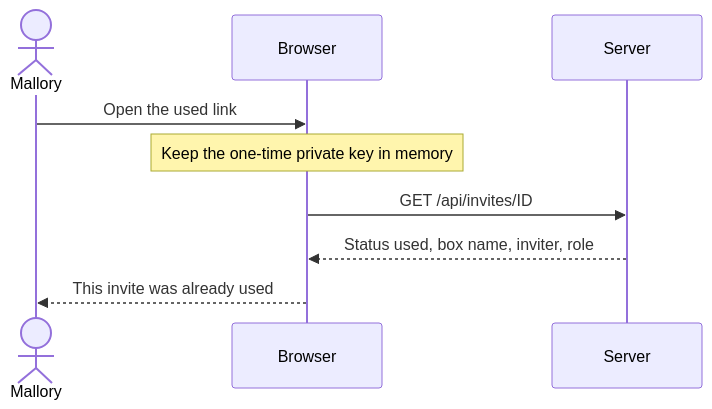
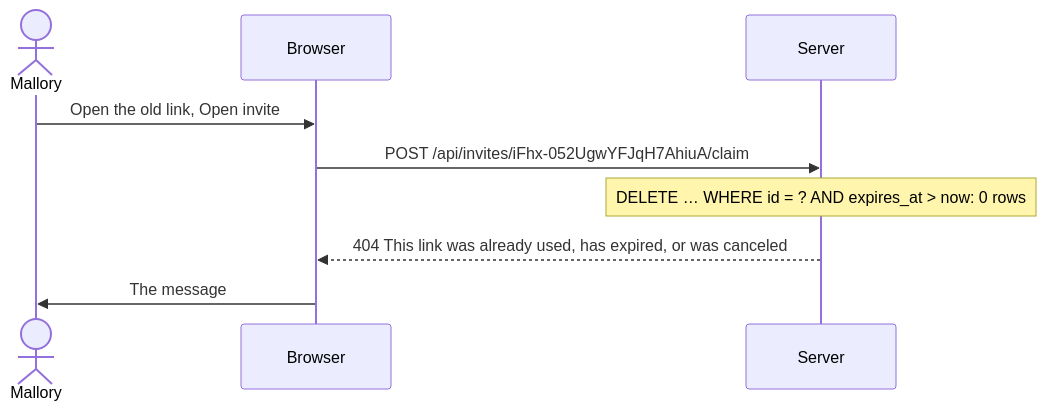
The first of 2 diagrams in docs/06-invite-expired-or-reused.md (intaniger/secretbox), drawn with Mermaid before and after one commit. The commit also changed other lines of this file and 30 other files, not shown here.

````diff
--- a/docs/06-invite-expired-or-reused.md
+++ b/docs/06-invite-expired-or-reused.md
@@ -35,11 +29,11 @@
 ```mermaid
 sequenceDiagram
   actor M as Mallory
   participant B as Browser
   participant S as Server
-  M->>B: Open the used link
-  Note over B: Keep the one-time private key in memory
-  B->>S: GET /api/invites/ID
-  S-->>B: Status used, box name, inviter, role
-  B-->>M: This invite was already used
+  M->>B: Open the old link, Open invite
+  B->>S: POST /api/invites/iFhx-052UgwYFJqH7AhiuA/claim
+  Note over S: DELETE … WHERE id = ? AND expires_at > now: 0 rows
+  S-->>B: 404 This link was already used, has expired, or was canceled
+  B->>M: The message
 ```
````
